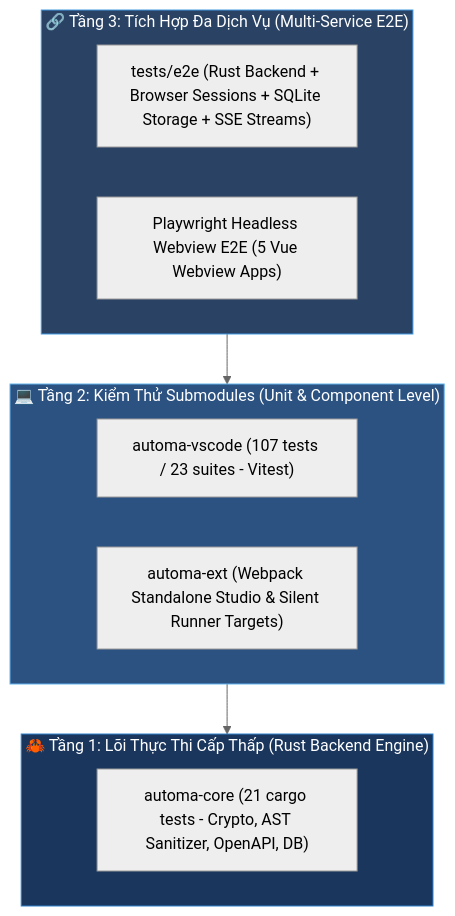
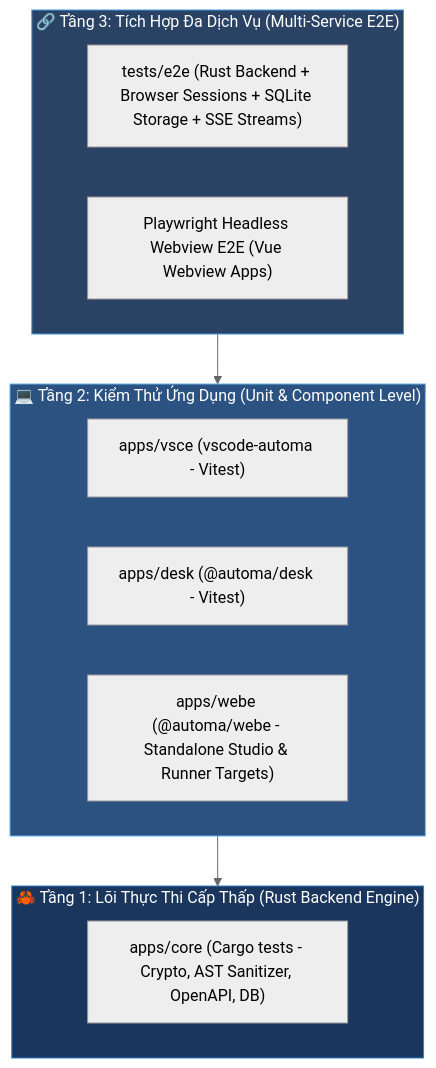
The diagram in docs/TEST_MATRIX.md (tuquet/automa), drawn with Mermaid (neutral theme) before and after one commit. The commit also changed other lines of this file and 48 other files, not shown here.

````diff
--- a/docs/TEST_MATRIX.md
+++ b/docs/TEST_MATRIX.md
@@ -9,23 +9,24 @@
 ```mermaid
 graph TD
     subgraph E2E["🔗 Tầng 3: Tích Hợp Đa Dịch Vụ (Multi-Service E2E)"]
         RootE2E["tests/e2e (Rust Backend + Browser Sessions + SQLite Storage + SSE Streams)"]
-        WVE2E["Playwright Headless Webview E2E (5 Vue Webview Apps)"]
+        WVE2E["Playwright Headless Webview E2E (Vue Webview Apps)"]
     end
 
-    subgraph Unit_Integration["💻 Tầng 2: Kiểm Thử Submodules (Unit & Component Level)"]
-        VSCode["automa-vscode (107 tests / 23 suites - Vitest)"]
-        ExtBuild["automa-ext (Webpack Standalone Studio & Silent Runner Targets)"]
+    subgraph Unit_Integration["💻 Tầng 2: Kiểm Thử Ứng Dụng (Unit & Component Level)"]
+        VSCode["apps/vsce (vscode-automa - Vitest)"]
+        DeskApp["apps/desk (@automa/desk - Vitest)"]
+        ExtBuild["apps/webe (@automa/webe - Standalone Studio & Runner Targets)"]
     end
 
     subgraph Core_Engine["🦀 Tầng 1: Lõi Thực Thi Cấp Thấp (Rust Backend Engine)"]
-        Core["automa-core (21 cargo tests - Crypto, AST Sanitizer, OpenAPI, DB)"]
+        Core["apps/core (Cargo tests - Crypto, AST Sanitizer, OpenAPI, DB)"]
     end
 
     E2E --> Unit_Integration
     Unit_Integration --> Core_Engine
 
     style E2E fill:#2a4365,stroke:#4299e1,color:#fff
     style Unit_Integration fill:#2c5282,stroke:#63b3ed,color:#fff
     style Core_Engine fill:#1a365d,stroke:#3182ce,color:#fff
 ```
````
